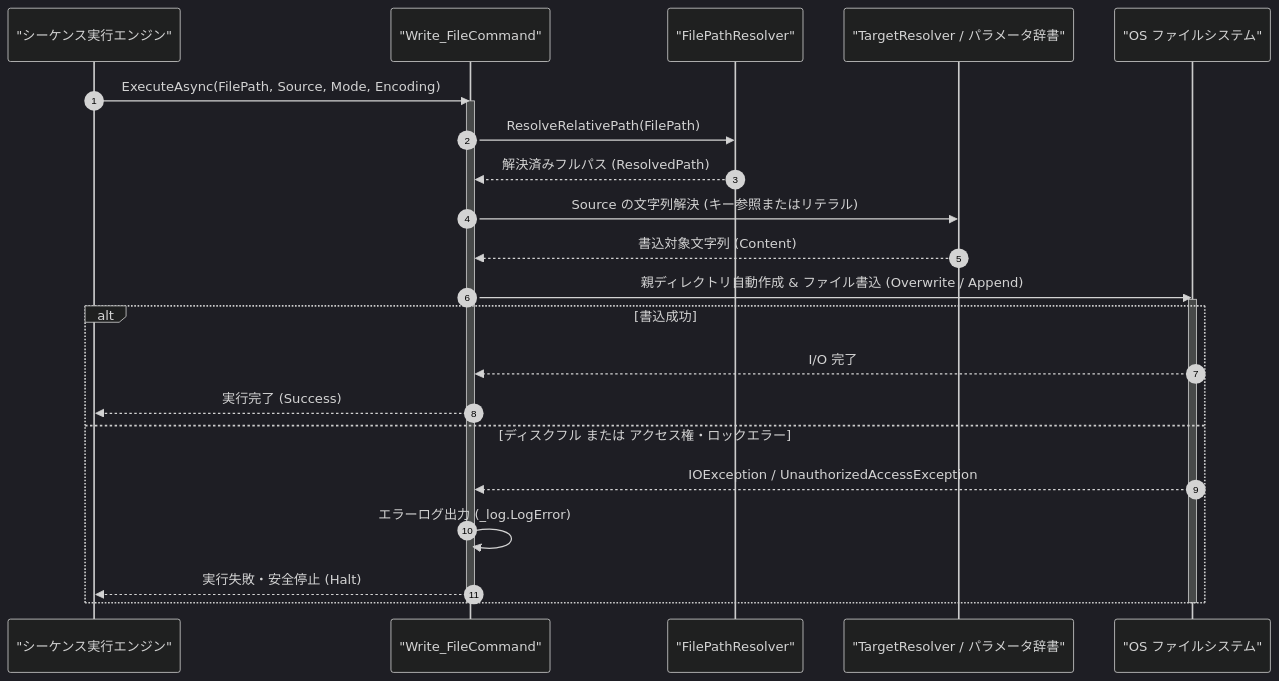
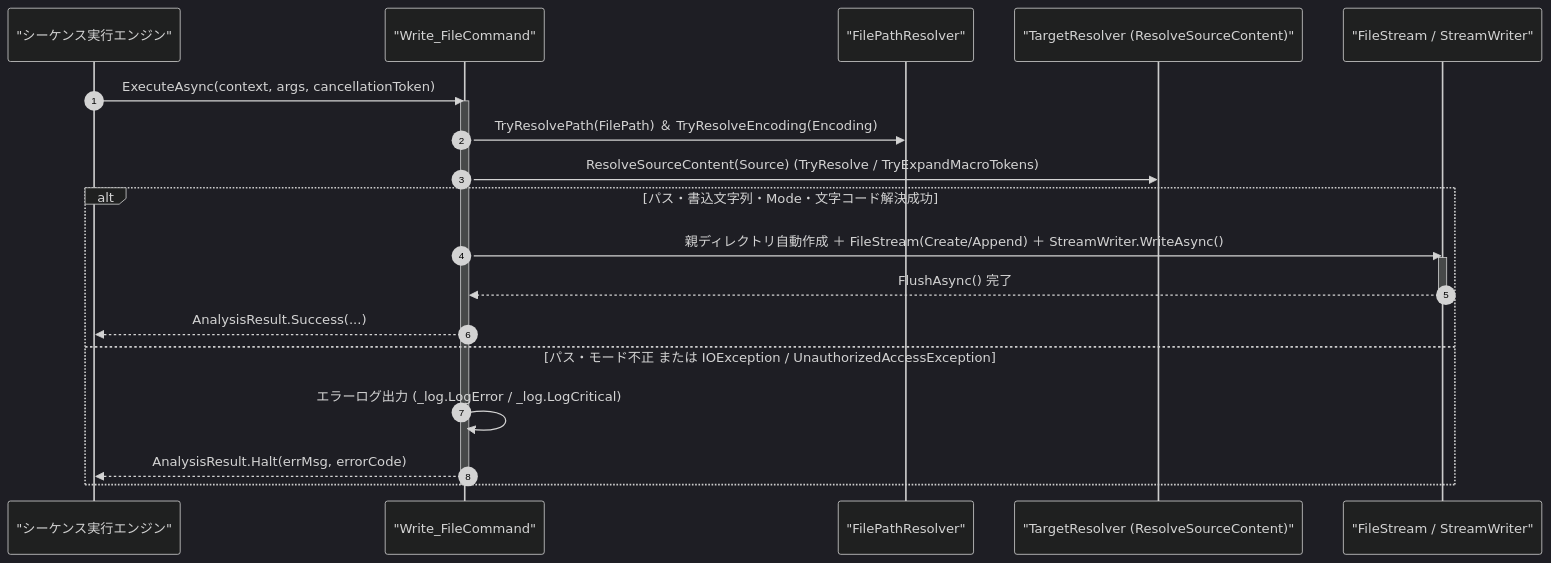
The diagram in Manual/Core/File/Write_File.Md (Monaca-App/TermAddIn), drawn with Mermaid (dark theme) before and after one commit. The commit also changed other lines of this file and 157 other files, not shown here.

````diff
--- a/Manual/Core/File/Write_File.Md
+++ b/Manual/Core/File/Write_File.Md
@@ -68,28 +75,25 @@
 ```mermaid
 sequenceDiagram
     autonumber
     participant Engine as "シーケンス実行エンジン"
     participant Cmd as "Write_FileCommand"
     participant Resolver as "FilePathResolver"
-    participant Target as "TargetResolver / パラメータ辞書"
-    participant FS as "OS ファイルシステム"
+    participant Target as "TargetResolver (ResolveSourceContent)"
+    participant FS as "FileStream / StreamWriter"
 
-    Engine->>Cmd: ExecuteAsync(FilePath, Source, Mode, Encoding)
+    Engine->>Cmd: ExecuteAsync(context, args, cancellationToken)
     activate Cmd
-    Cmd->>Resolver: ResolveRelativePath(FilePath)
-    Resolver-->>Cmd: 解決済みフルパス (ResolvedPath)
-    Cmd->>Target: Source の文字列解決 (キー参照またはリテラル)
-    Target-->>Cmd: 書込対象文字列 (Content)
-    Cmd->>FS: 親ディレクトリ自動作成 & ファイル書込 (Overwrite / Append)
-    activate FS
-    alt 書込成功
-        FS-->>Cmd: I/O 完了
-        Cmd-->>Engine: 実行完了 (Success)
-    else ディスクフル または アクセス権・ロックエラー
-        FS-->>Cmd: IOException / UnauthorizedAccessException
-        Cmd->>Cmd: エラーログ出力 (_log.LogError)
-        Cmd-->>Engine: 実行失敗・安全停止 (Halt)
+    Cmd->>Resolver: TryResolvePath(FilePath) ＆ TryResolveEncoding(Encoding)
+    Cmd->>Target: ResolveSourceContent(Source) (TryResolve / TryExpandMacroTokens)
+    alt パス・書込文字列・Mode・文字コード解決成功
+        Cmd->>FS: 親ディレクトリ自動作成 ＋ FileStream(Create/Append) ＋ StreamWriter.WriteAsync()
+        activate FS
+        FS-->>Cmd: FlushAsync() 完了
+        deactivate FS
+        Cmd-->>Engine: AnalysisResult.Success(...)
+    else パス・モード不正 または IOException / UnauthorizedAccessException
+        Cmd->>Cmd: エラーログ出力 (_log.LogError / _log.LogCritical)
+        Cmd-->>Engine: AnalysisResult.Halt(errMsg, errorCode)
     end
-    deactivate FS
     deactivate Cmd
 ```
````
